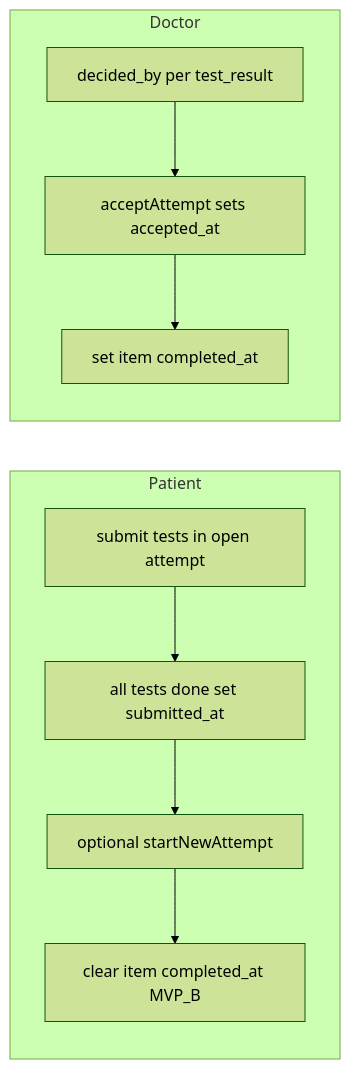
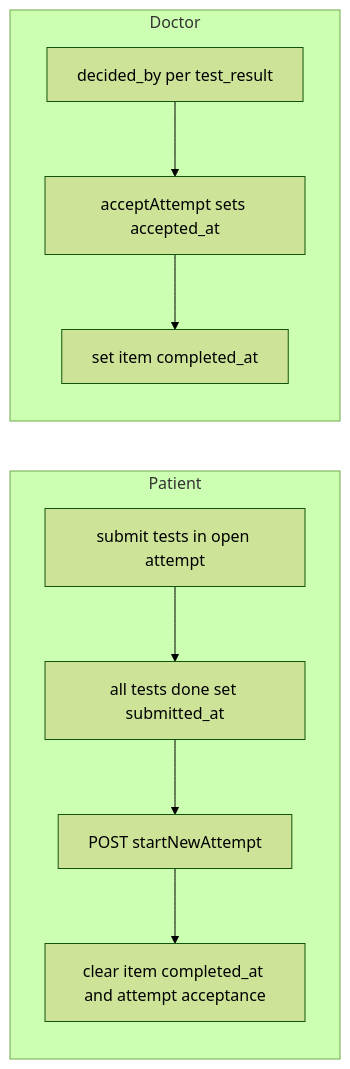
Before and after one commit to Dimmdao2/BersonCareBot: the diagram in .cursor/plans/clinical_test_attempts_history.plan.md, drawn with Mermaid (forest theme). The commit also changed other lines of this file and 26 other files, not shown here.

````diff
--- a/.cursor/plans/clinical_test_attempts_history.plan.md
+++ b/.cursor/plans/clinical_test_attempts_history.plan.md
@@ -62,14 +62,14 @@
 ```mermaid
 flowchart LR
   subgraph patientFlow [Patient]
     P1[submit tests in open attempt]
     P1 --> P2[all tests done set submitted_at]
-    P2 --> P3[optional startNewAttempt]
-    P3 --> P4[clear item completed_at MVP_B]
+    P2 --> P3[POST startNewAttempt]
+    P3 --> P4[clear item completed_at and attempt acceptance]
   end
   subgraph doctorFlow [Doctor]
     D1[decided_by per test_result]
     D1 --> D2[acceptAttempt sets accepted_at]
     D2 --> D3[set item completed_at]
   end
 ```
````
